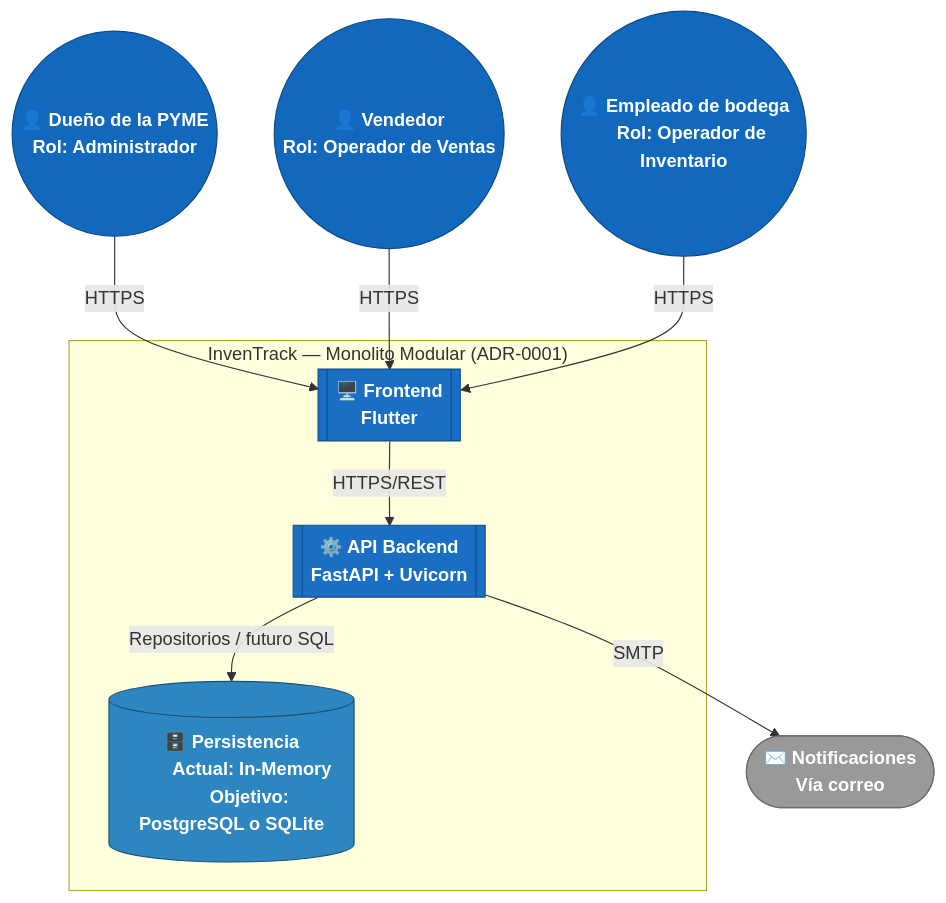
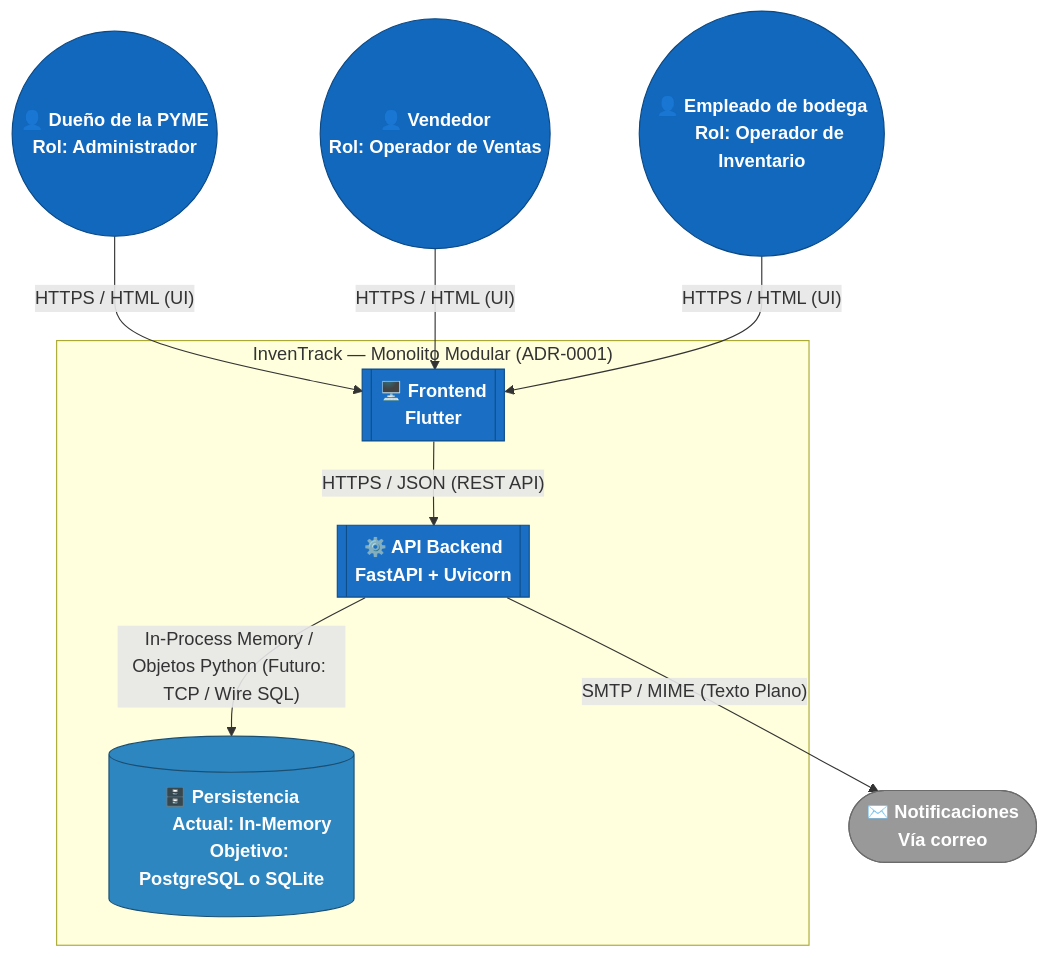
The first of 2 diagrams in docs/c4/containers.md (ISCOUTB/AS_202620_InvenTrack), drawn with Mermaid before and after one commit. The commit also changed other lines of this file, not shown here.

````diff
--- a/docs/c4/containers.md
+++ b/docs/c4/containers.md
@@ -9,39 +9,39 @@
 ```mermaid
 flowchart TB
     Dueno(("👤 Dueño de la PYME
     Rol: Administrador"))
     Vendedor(("👤 Vendedor
     Rol: Operador de Ventas"))
     Empleado(("👤 Empleado de bodega
     Rol: Operador de Inventario"))
 
     subgraph InvenTrack["InvenTrack — Monolito Modular (ADR-0001)"]
         Web[["🖥️ Frontend
         Flutter"]]
         Api[["⚙️ API Backend
         FastAPI + Uvicorn"]]
         Db[("🗄️ Persistencia
         Actual: In-Memory
         Objetivo: PostgreSQL o SQLite")]
     end
 
     Notif(["✉️ Notificaciones
     Vía correo"])
 
-    Dueno -- HTTPS --> Web
-    Vendedor -- HTTPS --> Web
-    Empleado -- HTTPS --> Web
-    Web -- "HTTPS/REST" --> Api
-    Api -- "Repositorios / futuro SQL" --> Db
-    Api -- SMTP --> Notif
+    Dueno -- "HTTPS / HTML (UI)" --> Web
+    Vendedor -- "HTTPS / HTML (UI)" --> Web
+    Empleado -- "HTTPS / HTML (UI)" --> Web
+    Web -- "HTTPS / JSON (REST API)" --> Api
+    Api -- "In-Process Memory / Objetos Python (Futuro: TCP / Wire SQL)" --> Db
+    Api -- "SMTP / MIME (Texto Plano)" --> Notif
 
     classDef person fill:#1168bd,stroke:#0b4884,color:#ffffff,font-weight:bold
     classDef container fill:#1a6fc4,stroke:#0e4d8a,color:#ffffff,font-weight:bold
     classDef db fill:#2e86c1,stroke:#1b4f72,color:#ffffff,font-weight:bold
     classDef external fill:#999999,stroke:#6b6b6b,color:#ffffff,font-weight:bold
 
     class Dueno,Vendedor,Empleado person
     class Web,Api container
     class Db db
     class Notif external
 ```
````
